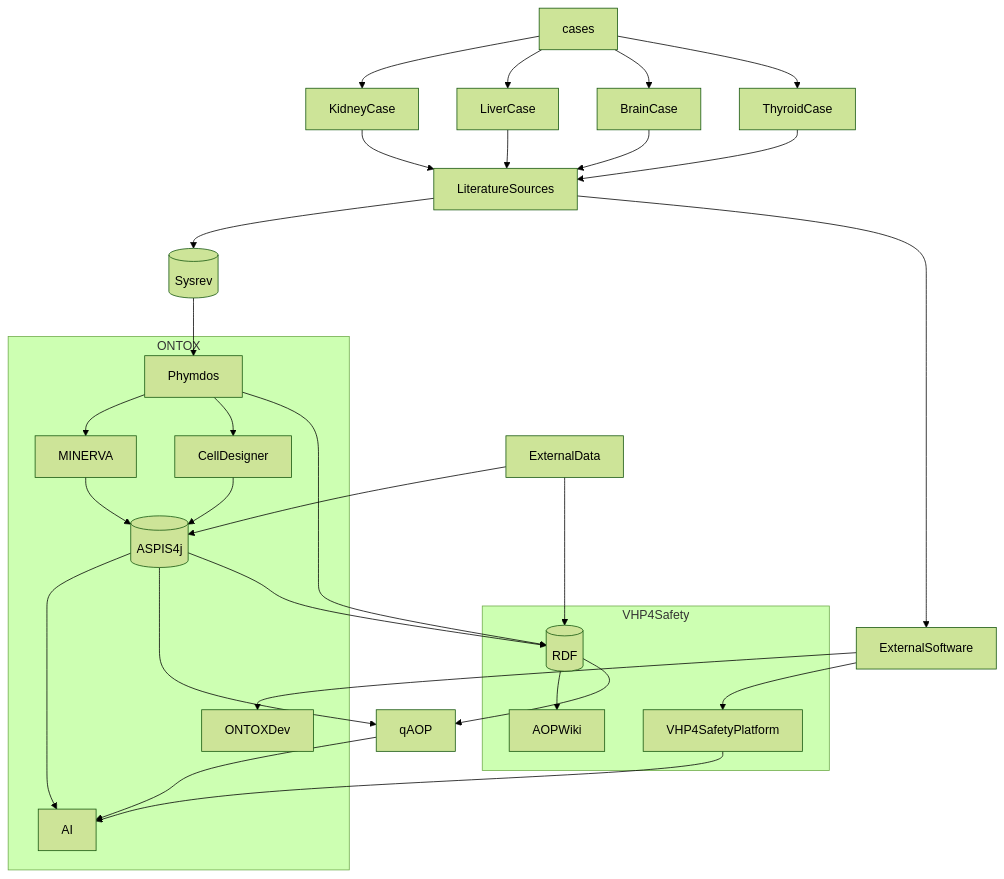
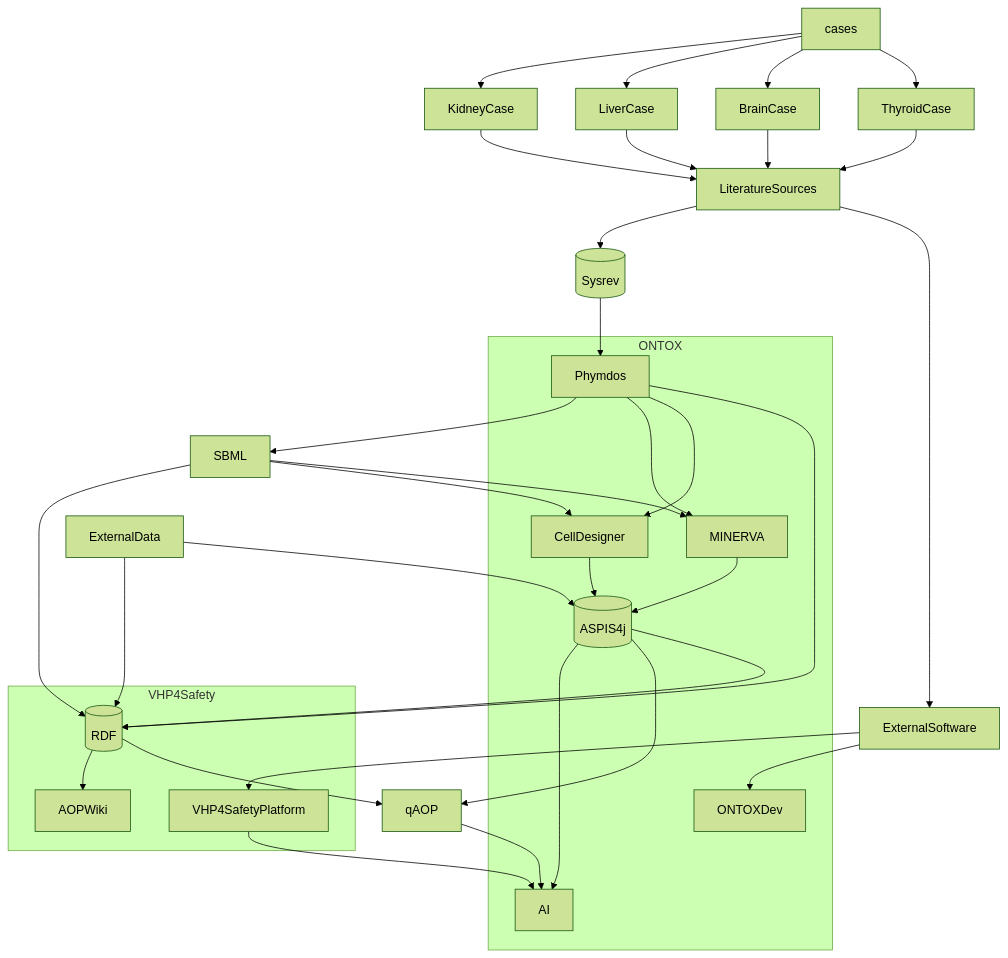
Before and after one commit to ontox-hu/workflows: the diagram in ONTOX-vs-VHP4Safety.md, drawn with Mermaid (forest theme).

````diff
--- a/ONTOX-vs-VHP4Safety.md
+++ b/ONTOX-vs-VHP4Safety.md
@@ -1,46 +1,51 @@
 ```mermaid
 flowchart TB
 
     cases-->KidneyCase
     cases-->LiverCase
     cases-->BrainCase
     cases-->ThyroidCase
      
     KidneyCase-->LiteratureSources
     LiverCase-->LiteratureSources
     BrainCase-->LiteratureSources
     ThyroidCase-->LiteratureSources
     LiteratureSources-->Sysrev[(Sysrev)]
     Sysrev[(Sysrev)]-->Phymdos
+    Phymdos-->SBML
+    SBML-->CellDesigner
+    SBML-->MINERVA
+    SBML-->RDF[(RDF)]
     
     subgraph ONTOX
     ONTOXDev
     Phymdos-->MINERVA
     Phymdos-->CellDesigner
     
     CellDesigner-->ASPIS4j[(ASPIS4j)]
     MINERVA-->ASPIS4j[(ASPIS4j)]
     ASPIS4j[(ASPIS4j)]-->AI
     
     end
+    
     
     subgraph VHP4Safety
     Phymdos-->RDF[(RDF)]
     RDF[(RDF)]-->AOPWiki
     
     VHP4SafetyPlatform
     VHP4SafetyPlatform-->AI
     end
     
     LiteratureSources-->ExternalSoftware
     ExternalSoftware-->VHP4SafetyPlatform
     ExternalSoftware-->ONTOXDev
     ExternalData-->ASPIS4j[(ASPIS4j)]
     RDF[(RDF)]-->qAOP
     ASPIS4j[(ASPIS4j)]-->qAOP
     ASPIS4j[(ASPIS4j)]-->RDF[(RDF)]
     ExternalData-->RDF[(RDF)]
     qAOP-->AI
     
     
 ```
````
